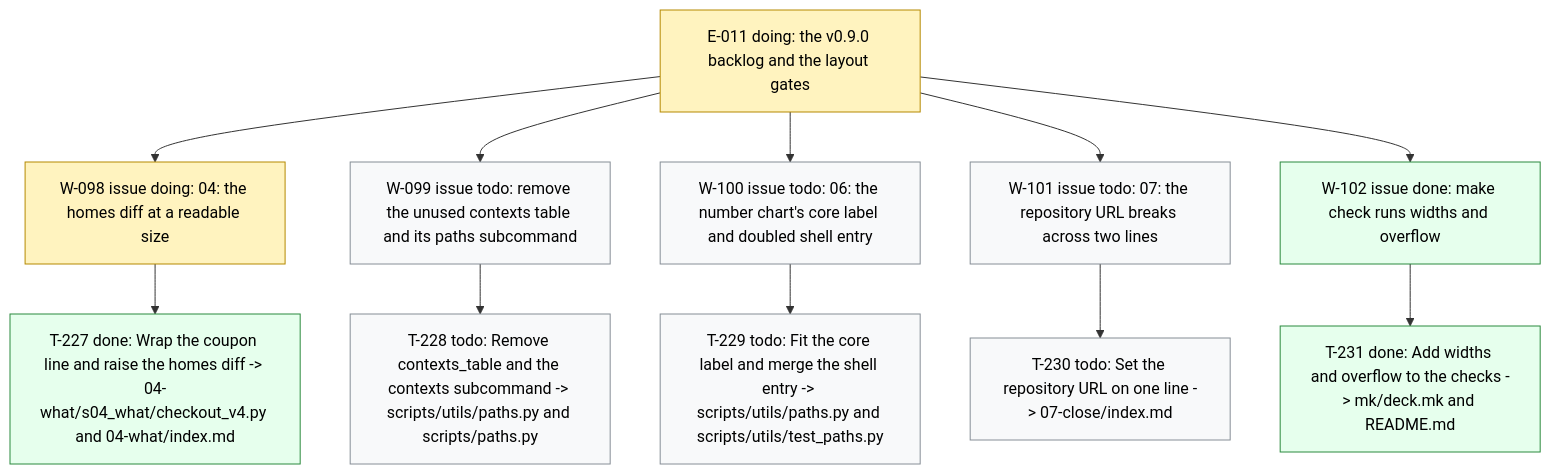
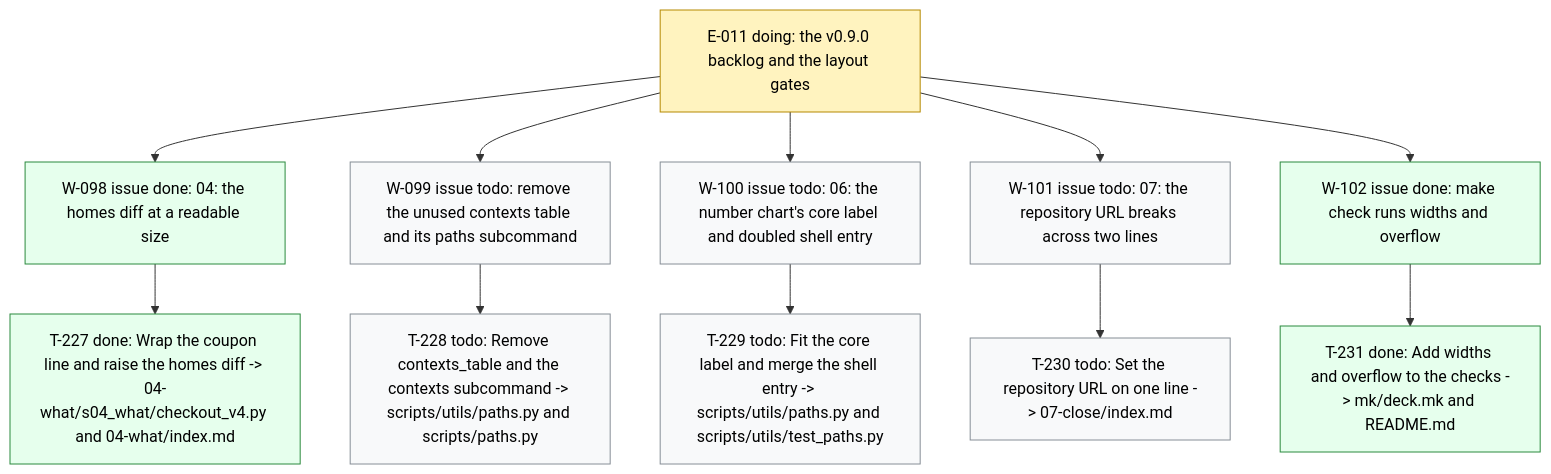
One commit to dpopchev/chaos-to-simple changed the diagram in .board/BOARD.md. Above: the diagram before and after it, drawn with Mermaid. The commit also changed other lines of this file and 1 other file, not shown here.

Commit message:
chore(board): close W-098 -- landed
Refs: W-098

````diff
--- a/.board/BOARD.md
+++ b/.board/BOARD.md
@@ -594,22 +594,22 @@
 ```mermaid
 flowchart TD
   E011["E-011 doing: the v0.9.0 backlog and the layout gates"]
-  E011 --> W098["W-098 issue doing: 04: the homes diff at a readable size"]
+  E011 --> W098["W-098 issue done: 04: the homes diff at a readable size"]
   W098 --> T227["T-227 done: Wrap the coupon line and raise the homes diff -> 04-what/s04_what/checkout_v4.py and 04-what/index.md"]
   E011 --> W099["W-099 issue todo: remove the unused contexts table and its paths subcommand"]
   W099 --> T228["T-228 todo: Remove contexts_table and the contexts subcommand -> scripts/utils/paths.py and scripts/paths.py"]
   E011 --> W100["W-100 issue todo: 06: the number chart's core label and doubled shell entry"]
   W100 --> T229["T-229 todo: Fit the core label and merge the shell entry -> scripts/utils/paths.py and scripts/utils/test_paths.py"]
   E011 --> W101["W-101 issue todo: 07: the repository URL breaks across two lines"]
   W101 --> T230["T-230 todo: Set the repository URL on one line -> 07-close/index.md"]
   E011 --> W102["W-102 issue done: make check runs widths and overflow"]
   W102 --> T231["T-231 done: Add widths and overflow to the checks -> mk/deck.mk and README.md"]
   classDef doing fill:#fff3bf,stroke:#b58900,color:#000;
   classDef blocked fill:#ffe3e3,stroke:#c92a2a,color:#000;
   classDef done fill:#e6ffed,stroke:#2b8a3e,color:#000;
   classDef todo fill:#f8f9fa,stroke:#868e96,color:#000;
   classDef pruned fill:#f1f3f5,stroke:#adb5bd,color:#000;
-  class E011,W098 doing
-  class T227,W102,T231 done
+  class E011 doing
+  class W098,T227,W102,T231 done
   class W099,T228,W100,T229,W101,T230 todo
 ```
````
